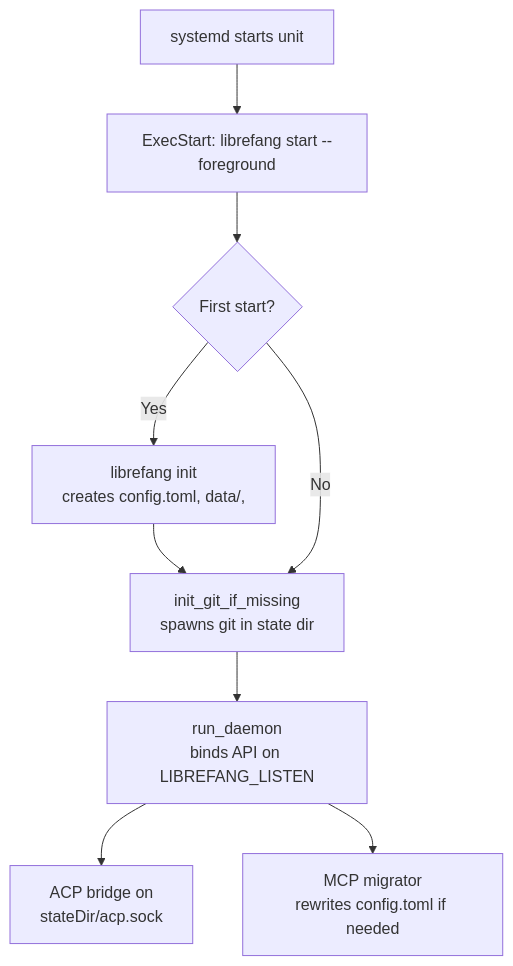
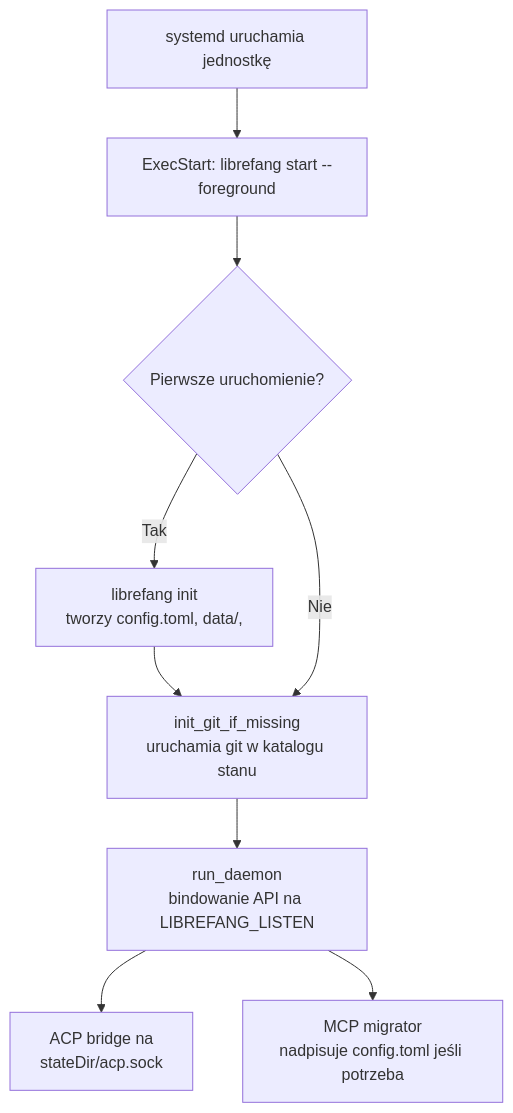
Before and after one commit to leszek3737/librefang-WIki: the diagram in nix.md, drawn with Mermaid. The commit also changed other lines of this file and 104 other files, not shown here.

````diff
--- a/nix.md
+++ b/nix.md
@@ -59,11 +59,11 @@
 ```mermaid
 flowchart TD
-    A["systemd starts unit"] --> B["ExecStart: librefang start --foreground"]
-    B --> C{"First start?"}
-    C -->|Yes| D["librefang init<br/>creates config.toml, data/,"]
-    D --> E["init_git_if_missing<br/>spawns git in state dir"]
-    C -->|No| E
-    E --> F["run_daemon<br/>binds API on LIBREFANG_LISTEN"]
-    F --> G["ACP bridge on<br/>stateDir/acp.sock"]
-    F --> H["MCP migrator<br/>rewrites config.toml if needed"]
+    A["systemd uruchamia jednostkę"] --> B["ExecStart: librefang start --foreground"]
+    B --> C{"Pierwsze uruchomienie?"}
+    C -->|Tak| D["librefang init<br/>tworzy config.toml, data/,"]
+    D --> E["init_git_if_missing<br/>uruchamia git w katalogu stanu"]
+    C -->|Nie| E
+    E --> F["run_daemon<br/>bindowanie API na LIBREFANG_LISTEN"]
+    F --> G["ACP bridge na<br/>stateDir/acp.sock"]
+    F --> H["MCP migrator<br/>nadpisuje config.toml jeśli potrzeba"]
 ```
````
